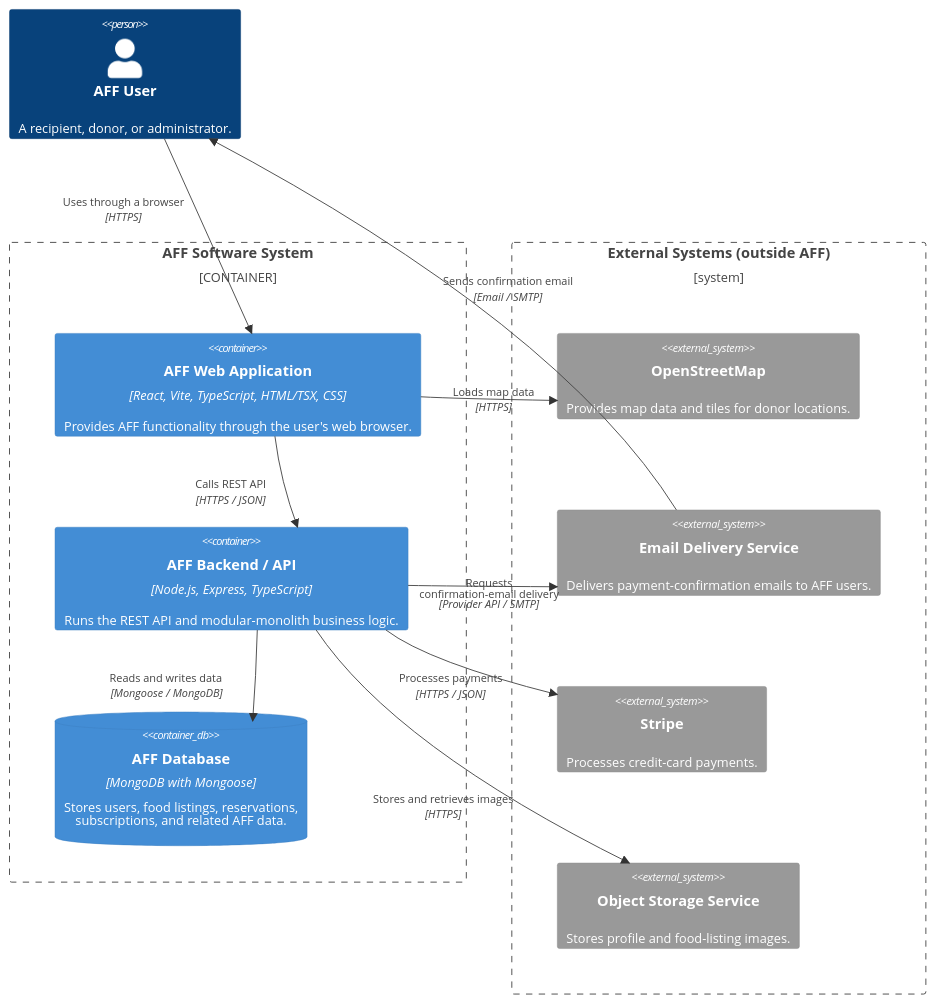
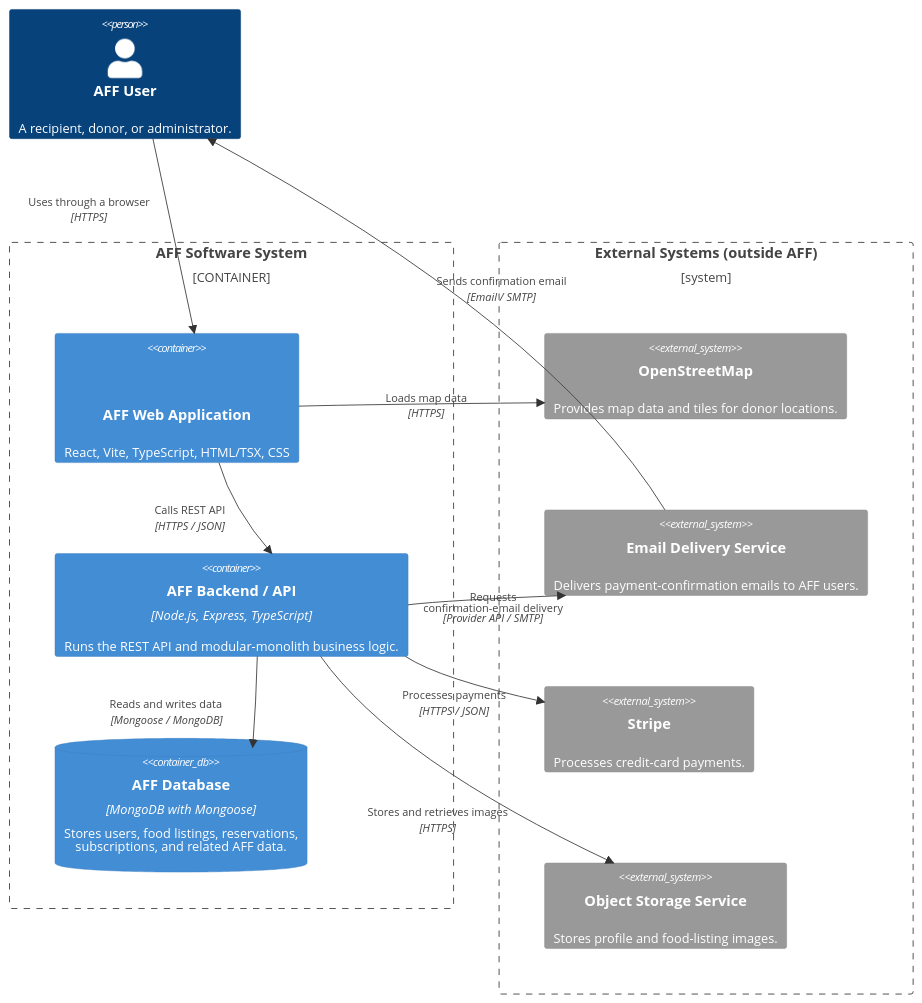
The diagram in docs/container-diagram.md (2026B-FullStackDevelopment/aff), drawn with Mermaid before and after one commit.

Commit message:
Fix formatting in container diagram for AFF Web Application description

````diff
--- a/docs/container-diagram.md
+++ b/docs/container-diagram.md
@@ -5,39 +5,39 @@
 ```mermaid
 
 C4Container
   Person(user, "AFF User", "A recipient, donor, or administrator.")
 
   Container_Boundary(aff, "AFF Software System") {
-    Container(web, "AFF Web Application", "React, Vite, TypeScript, HTML/TSX, CSS", "Provides AFF functionality through the user's web browser.")
+    Container(web, "AFF Web Application"  , "React, Vite, TypeScript, HTML/TSX, CSS", "Provides AFF functionality through the user's web browser.")
     Container(backend, "AFF Backend / API", "Node.js, Express, TypeScript", "Runs the REST API and modular-monolith business logic.")
     ContainerDb(database, "AFF Database", "MongoDB with Mongoose", "Stores users, food listings, reservations,<br/>subscriptions, and related AFF data.")
   }
 
   Boundary(externalSystems, "External Systems (outside AFF)") {
     System_Ext(openStreetMap, "OpenStreetMap", "Provides map data and tiles for donor locations.")
     System_Ext(emailService, "Email Delivery Service", "Delivers payment-confirmation emails to AFF users.")
     System_Ext(stripe, "Stripe", "Processes credit-card payments.")
     System_Ext(objectStorage, "Object Storage Service", "Stores profile and food-listing images.")
   }
 
   Rel_Down(user, web, "Uses through a browser", "HTTPS")
   Rel_Down(web, backend, "Calls REST API", "HTTPS / JSON")
   Rel_Down(backend, database, "Reads and writes data", "Mongoose / MongoDB")
 
   Rel_Right(web, openStreetMap, "Loads map data", "HTTPS")
   Rel_Right(backend, emailService, "Requests <br/> confirmation-email delivery", "Provider API / SMTP")
   Rel_Right(backend, stripe, "Processes payments", "HTTPS / JSON")
   Rel_Up(emailService, user, "Sends confirmation email", "Email / SMTP")
   Rel_Right(backend, objectStorage, "Stores and retrieves images", "HTTPS")
 
   UpdateRelStyle(user, web, $offsetX="-160", $offsetY="-40")
   UpdateRelStyle(web, backend, $offsetX="-100", $offsetY="0")
   UpdateRelStyle(backend, database, $offsetX="-160", $offsetY="0")
   UpdateRelStyle(web, openStreetMap, $offsetX="-40", $offsetY="-10")
   UpdateRelStyle(backend, emailService, $offsetX="-70", $offsetY="0")
   UpdateRelStyle(backend, stripe, $offsetX="-80", $offsetY="15")
   UpdateRelStyle(emailService, user, $offsetX="0", $offsetY="-50")
   UpdateRelStyle(backend, objectStorage, $offsetX="-110", $offsetY="55")
 
   UpdateLayoutConfig($c4ShapeInRow="1", $c4BoundaryInRow="2")
 ```
````
